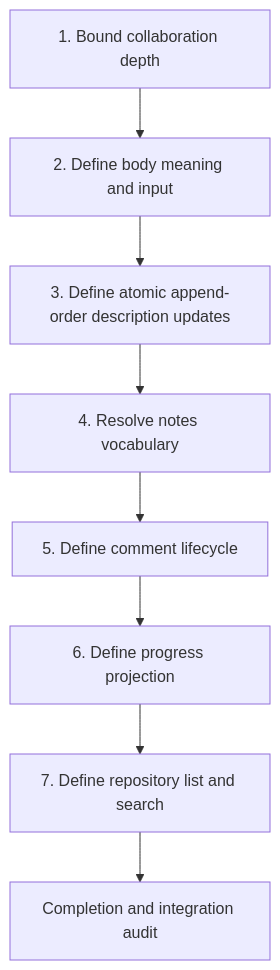
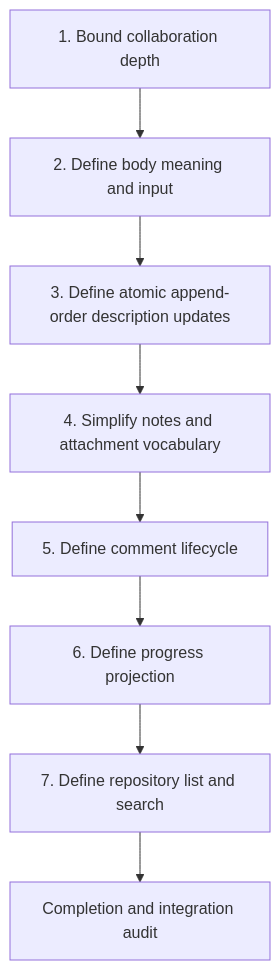
One commit to ScottArbeit/Grace changed the diagram in docs/Design concepts/Work-item coordination surface.md. Above: the diagram before and after it, drawn with Mermaid. The commit also changed other lines of this file and 10 other files, not shown here.

````diff
--- a/docs/Design concepts/Work-item coordination surface.md
+++ b/docs/Design concepts/Work-item coordination surface.md
@@ -31,10 +29,10 @@
 ```mermaid
 flowchart TD
     A["1. Bound collaboration depth"] --> B["2. Define body meaning and input"]
     B --> C["3. Define atomic append-order description updates"]
-    C --> D["4. Resolve notes vocabulary"]
+    C --> D["4. Simplify notes and attachment vocabulary"]
     D --> E["5. Define comment lifecycle"]
     E --> F["6. Define progress projection"]
     F --> G["7. Define repository list and search"]
     G --> H["Completion and integration audit"]
 ```
````
